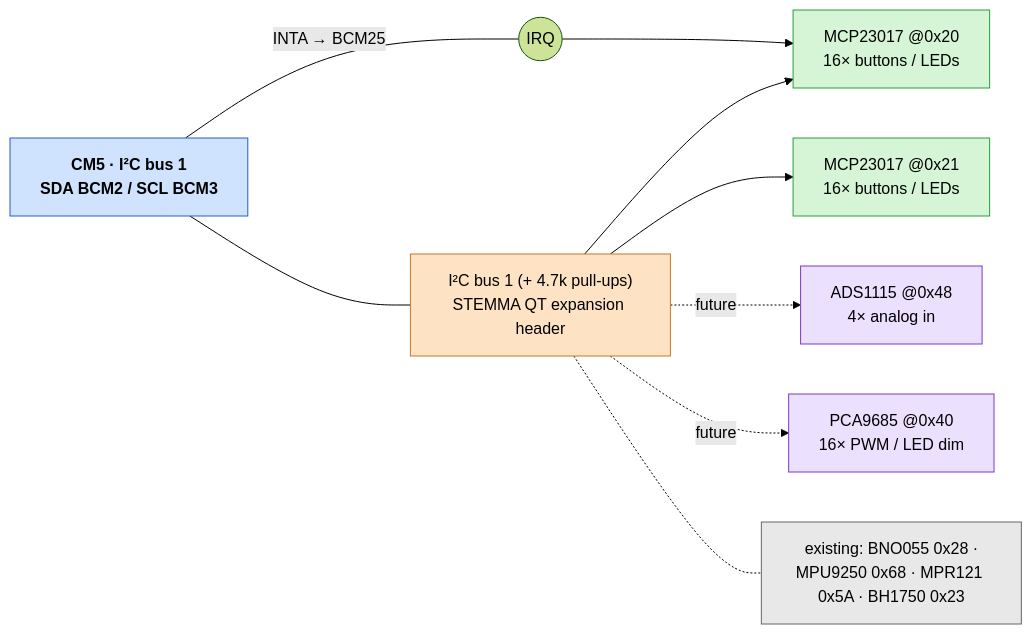
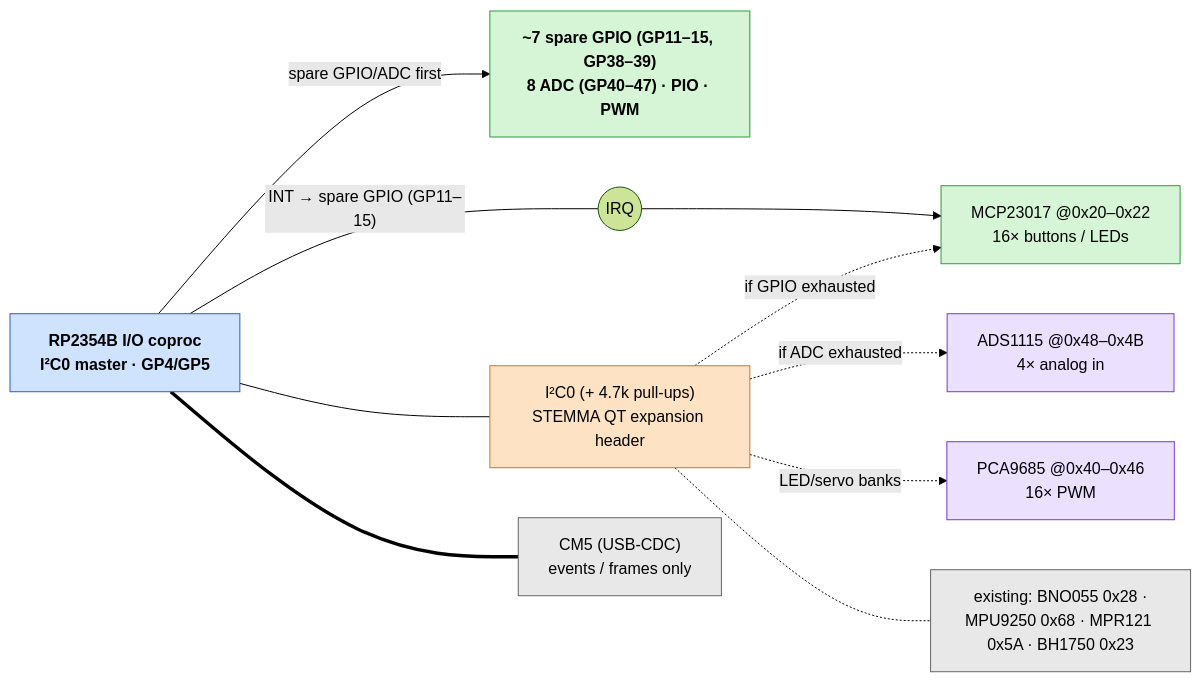
One commit to brooksthemaker/ProtoHUD changed the diagram in hardware/carrier-board/IO-EXPANSION.md. Above: the diagram before and after it, drawn with Mermaid (forest theme). The commit also changed other lines of this file and 21 other files, not shown here.

````diff
--- a/hardware/carrier-board/IO-EXPANSION.md
+++ b/hardware/carrier-board/IO-EXPANSION.md
@@ -68,18 +123,21 @@
 ```mermaid
 flowchart LR
-    CM5["CM5 · I²C bus 1<br/>SDA BCM2 / SCL BCM3"]:::cm5
-    CM5 -- "INTA → BCM25" --- IRQ(("IRQ"))
-    CM5 --- BUS["I²C bus 1 (+ 4.7k pull-ups)<br/>STEMMA QT expansion header"]:::bus
-    BUS --> X1["MCP23017 @0x20<br/>16× buttons / LEDs"]:::io
-    BUS --> X2["MCP23017 @0x21<br/>16× buttons / LEDs"]:::io
-    BUS -. future .-> ADS["ADS1115 @0x48<br/>4× analog in"]:::opt
-    BUS -. future .-> PCA["PCA9685 @0x40<br/>16× PWM / LED dim"]:::opt
+    RP["RP2354B I/O coproc<br/>I²C0 master · GP4/GP5"]:::rp
+    RP -- "spare GPIO/ADC first" --> NATIVE["~7 spare GPIO (GP11–15, GP38–39)<br/>8 ADC (GP40–47) · PIO · PWM"]:::native
+    RP -- "INT → spare GPIO (GP11–15)" --- IRQ(("IRQ"))
+    RP --- BUS["I²C0 (+ 4.7k pull-ups)<br/>STEMMA QT expansion header"]:::bus
+    BUS -. if GPIO exhausted .-> X1["MCP23017 @0x20–0x22<br/>16× buttons / LEDs"]:::io
+    BUS -. if ADC exhausted .-> ADS["ADS1115 @0x48–0x4B<br/>4× analog in"]:::opt
+    BUS -. LED/servo banks .-> PCA["PCA9685 @0x40–0x46<br/>16× PWM"]:::opt
     BUS -.- SENS["existing: BNO055 0x28 ·<br/>MPU9250 0x68 · MPR121 0x5A · BH1750 0x23"]:::sens
     IRQ --> X1
+    RP === CM5["CM5 (USB-CDC)<br/>events / frames only"]:::cm5
 
-    classDef cm5  fill:#cfe3ff,stroke:#2a5bc9,color:#000,font-weight:bold;
+    classDef rp   fill:#cfe3ff,stroke:#2a5bc9,color:#000,font-weight:bold;
+    classDef native fill:#d6f5d6,stroke:#2a9d3a,color:#000,font-weight:bold;
+    classDef cm5  fill:#e8e8e8,stroke:#666,color:#000;
     classDef bus  fill:#fde2c4,stroke:#c9772a,color:#000;
     classDef io   fill:#d6f5d6,stroke:#2a9d3a,color:#000;
     classDef opt  fill:#ece0ff,stroke:#7a3ac9,color:#000;
     classDef sens fill:#e8e8e8,stroke:#666,color:#000;
 ```
````
